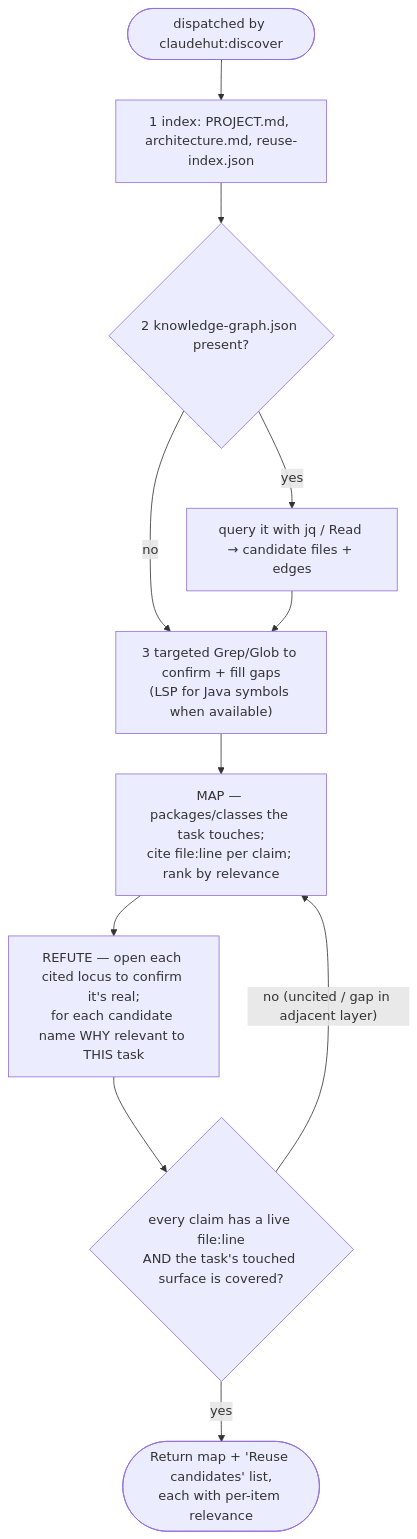
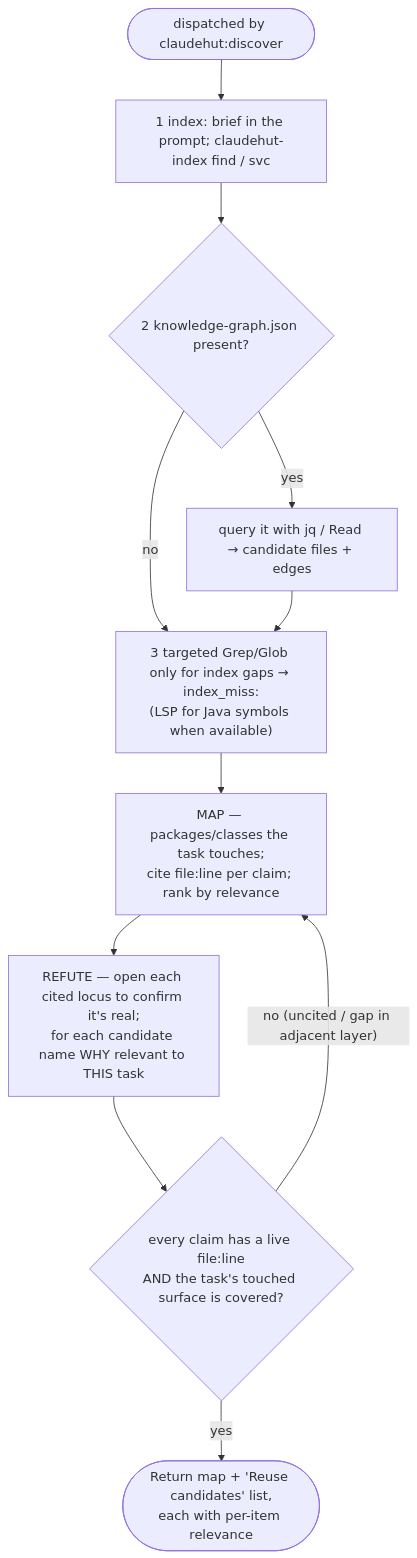
Before and after one commit to taipt1504/claudehut: the diagram in agents/claudehut-explorer.md, drawn with Mermaid. The commit also changed other lines of this file and 57 other files, not shown here.

````diff
--- a/agents/claudehut-explorer.md
+++ b/agents/claudehut-explorer.md
@@ -16,13 +16,13 @@
 ```mermaid
 flowchart TB
-    a([dispatched by claudehut:discover]) --> idx["1 index: PROJECT.md, architecture.md, reuse-index.json"]
+    a([dispatched by claudehut:discover]) --> idx["1 index: brief in the prompt; claudehut-index find / svc"]
     idx --> kg{"2 knowledge-graph.json present?"}
     kg -- "yes" --> q["query it with jq / Read → candidate files + edges"]
     kg -- "no" --> g
-    q --> g["3 targeted Grep/Glob to confirm + fill gaps<br/>(LSP for Java symbols when available)"]
+    q --> g["3 targeted Grep/Glob only for index gaps → index_miss:<br/>(LSP for Java symbols when available)"]
     g --> map["MAP — packages/classes the task touches;<br/>cite file:line per claim; rank by relevance"]
     map --> crit["REFUTE — open each cited locus to confirm it's real;<br/>for each candidate name WHY relevant to THIS task"]
     crit --> conv{"every claim has a live file:line<br/>AND the task's touched surface is covered?"}
     conv -- "no (uncited / gap in adjacent layer)" --> map
     conv -- "yes" --> out([Return map + 'Reuse candidates' list,<br/>each with per-item relevance])
 ```
````
